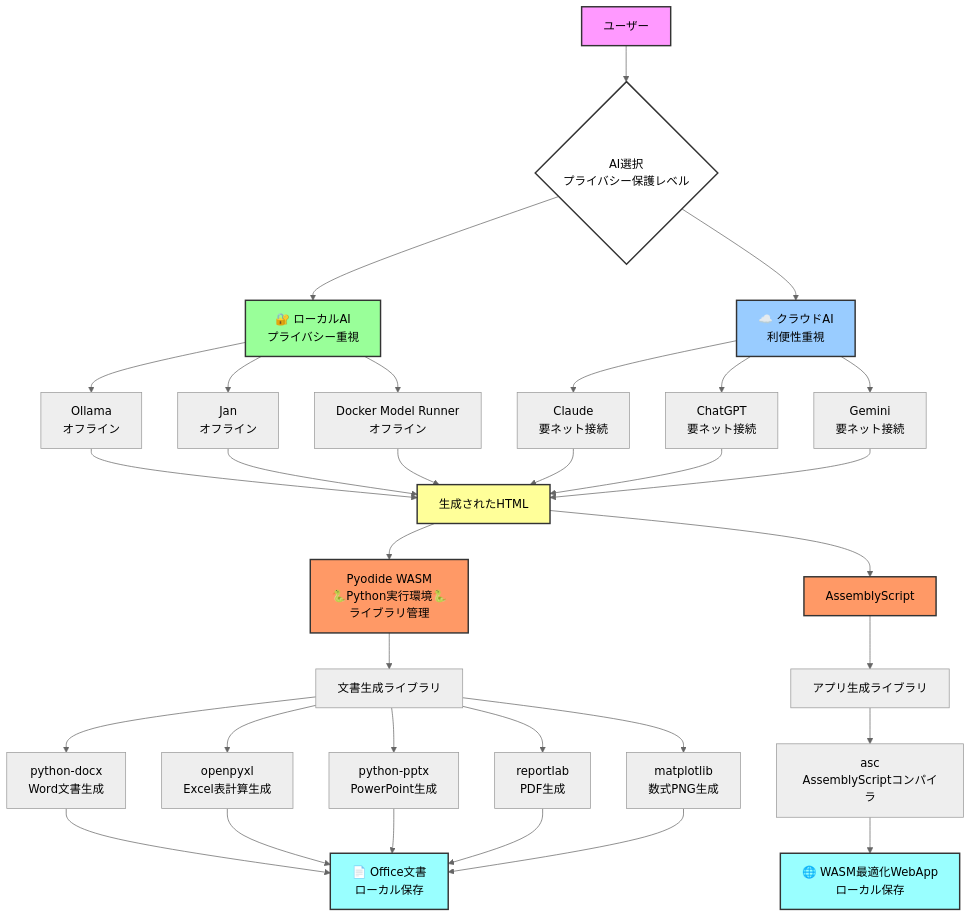
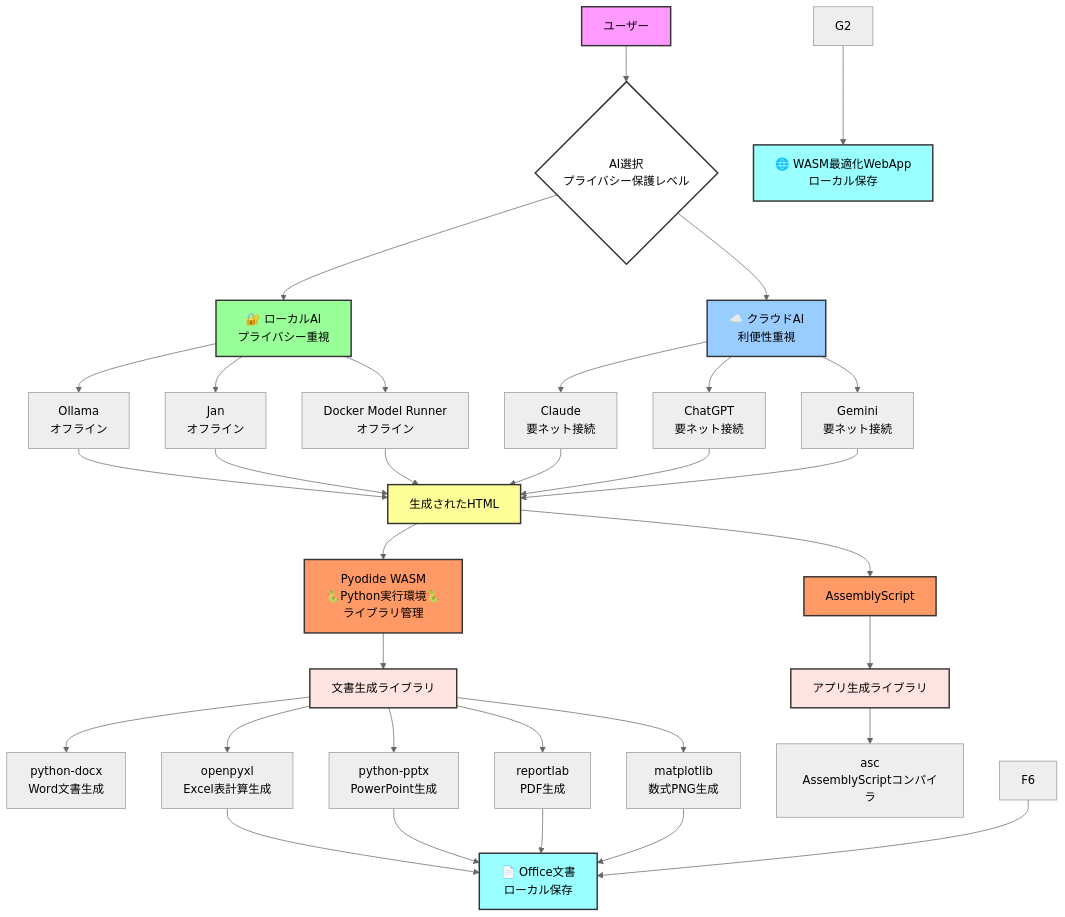
One commit to HarmoniaEpic/text-to-officefile-or-wasmapp-recipes changed the fourth of 4 diagrams in README.md. Above: the diagram before and after it, drawn with Mermaid (neutral theme).

````diff
--- a/README.md
+++ b/README.md
@@ -444,54 +444,56 @@
 ```mermaid
 flowchart TD
     A[ユーザー] --> B{AI選択<br/>プライバシー保護レベル}
     
     B --> C[🔐 ローカルAI<br/>プライバシー重視]
     B --> D[☁️ クラウドAI<br/>利便性重視]
     
     C --> C1[Ollama<br/>オフライン]
     C --> C2[Jan<br/>オフライン]
     C --> C3[Docker Model Runner<br/>オフライン]
     
     D --> D1[Claude<br/>要ネット接続]
     D --> D2[ChatGPT<br/>要ネット接続]
     D --> D3[Gemini<br/>要ネット接続]
     
     C1 --> E[生成されたHTML]
     C2 --> E
     C3 --> E
     D1 --> E
     D2 --> E
     D3 --> E
     
     E --> F[Pyodide WASM<br/>🐍Python実行環境🐍<br/>ライブラリ管理]
     E --> G[AssemblyScript<br/>]
 
-    F --> F1[文書生成ライブラリ]
-    G --> G1[アプリ生成ライブラリ]
+    F --> J[文書生成ライブラリ]
+    G --> K[アプリ生成ライブラリ]
     
-    F1 --> F2[python-docx<br/>Word文書生成]
-    F1 --> F3[openpyxl<br/>Excel表計算生成]
-    F1 --> F4[python-pptx<br/>PowerPoint生成]
-    F1 --> F5[reportlab<br/>PDF生成]
-    F1 --> F6[matplotlib<br/>数式PNG生成]
+    J --> F1[python-docx<br/>Word文書生成]
+    J --> F2[openpyxl<br/>Excel表計算生成]
+    J --> F3[python-pptx<br/>PowerPoint生成]
+    J --> F4[reportlab<br/>PDF生成]
+    J --> F5[matplotlib<br/>数式PNG生成]
 
-    G1 --> G2[asc<br/>AssemblyScriptコンパイラ]
+    K --> G1[asc<br/>AssemblyScriptコンパイラ]
 
     F2 --> H[📄 Office文書<br/>ローカル保存]
     F3 --> H
     F4 --> H
     F5 --> H
     F6 --> H
 
     G2 --> I[🌐 WASM最適化WebApp<br/>ローカル保存]
 
     style A fill:#f9f,stroke:#333,stroke-width:2px
     style B fill:#fff,stroke:#333,stroke-width:2px
     style C fill:#9f9,stroke:#333,stroke-width:2px
     style D fill:#9cf,stroke:#333,stroke-width:2px
     style E fill:#ff9,stroke:#333,stroke-width:2px
     style F fill:#f96,stroke:#333,stroke-width:2px
     style G fill:#f96,stroke:#333,stroke-width:2px
     style H fill:#9ff,stroke:#333,stroke-width:2px
     style I fill:#9ff,stroke:#333,stroke-width:2px
+    style J fill:#ffe4e1,stroke:#333,stroke-width:2px
+    style K fill:#ffe4e1,stroke:#333,stroke-width:2px
 ```
````
